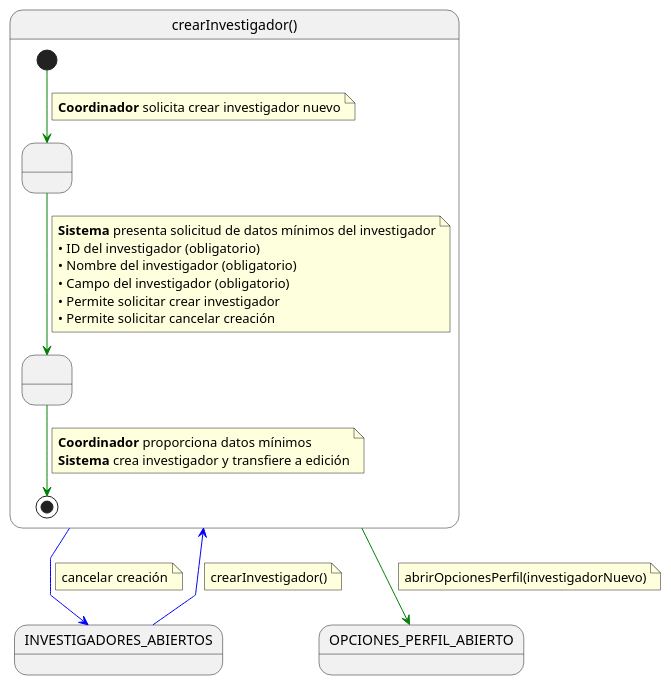
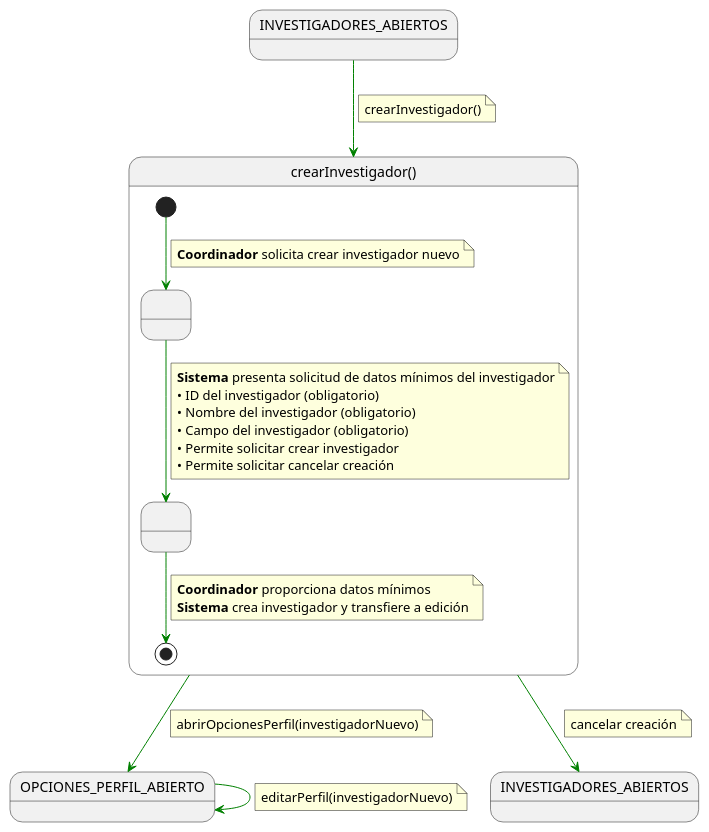
Before and after one commit to 31Diego/25-26-IdSw1-SdR: the diagram in documentación/CasosDeUso/Detalle/Coordinador/03-gestion-investigadores/crearInvestigador.puml, drawn with PlantUML. The commit also changed 19 other files, not shown here.

Commit message:
correccion diagrama contexto

```diff
--- a/documentación/CasosDeUso/Detalle/Coordinador/03-gestion-investigadores/crearInvestigador.puml
+++ b/documentación/CasosDeUso/Detalle/Coordinador/03-gestion-investigadores/crearInvestigador.puml
@@ -1,47 +1,54 @@
 @startuml crearInvestigador
 
 skinparam linetype polyline
+
+state in1 as "INVESTIGADORES_ABIERTOS"
+in1 -[#green]-> crearInvestigador
+note on link
+crearInvestigador()
+end note
 
 state crearInvestigador as "crearInvestigador()" {
 
     state " " as SolicitandoDatos
     state " " as CreandoInvestigador
 
     [*] -[#green]-> SolicitandoDatos 
     note on link
     <b>Coordinador</b> solicita crear investigador nuevo
     end note    
     
     SolicitandoDatos -[#green]-> CreandoInvestigador
     note on link
     <b>Sistema</b> presenta solicitud de datos mínimos del investigador
     • ID del investigador (obligatorio)
     • Nombre del investigador (obligatorio)
     • Campo del investigador (obligatorio)
     • Permite solicitar crear investigador
     • Permite solicitar cancelar creación
     end note
     
     CreandoInvestigador -[#green]-> [*]
     note on link
     <b>Coordinador</b> proporciona datos mínimos
     <b>Sistema</b> crea investigador y transfiere a edición
     end note
 }
 
-INVESTIGADORES_ABIERTOS -[#blue]-> crearInvestigador
-note on link
-crearInvestigador()
-end note
 
 crearInvestigador -[#green]-> OPCIONES_PERFIL_ABIERTO
 note on link
 abrirOpcionesPerfil(investigadorNuevo)
 end note
 
-crearInvestigador -[#blue]-> INVESTIGADORES_ABIERTOS
+OPCIONES_PERFIL_ABIERTO -[#green]-> OPCIONES_PERFIL_ABIERTO
+note on link
+editarPerfil(investigadorNuevo)
+end note
+
+crearInvestigador -[#green]-> INVESTIGADORES_ABIERTOS
 note on link
 cancelar creación
 end note
 
 @enduml
```
